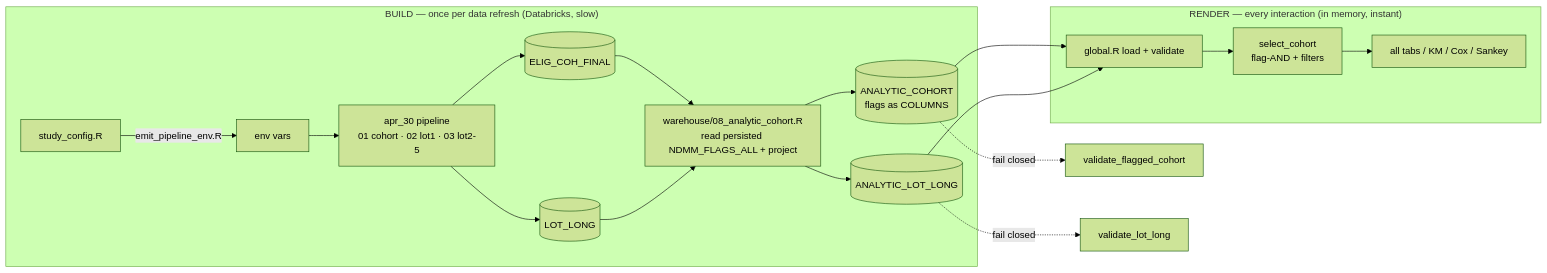
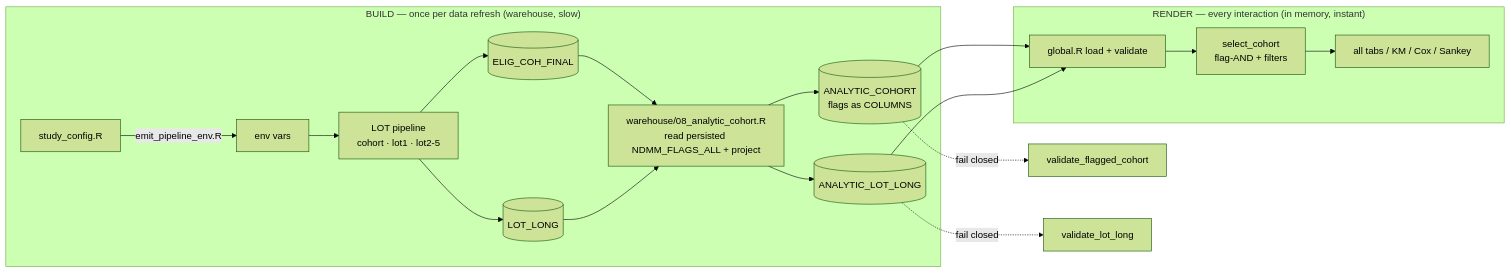
The diagram in cohort_explorer/DASHBOARD_SCHEMATIC.md (salzburry/julialot), drawn with Mermaid (forest theme) before and after one commit. The commit also changed other lines of this file and 12 other files, not shown here.

````diff
--- a/cohort_explorer/DASHBOARD_SCHEMATIC.md
+++ b/cohort_explorer/DASHBOARD_SCHEMATIC.md
@@ -54,21 +54,21 @@
 ```mermaid
 flowchart LR
-  subgraph BUILD["BUILD — once per data refresh (Databricks, slow)"]
+  subgraph BUILD["BUILD — once per data refresh (warehouse, slow)"]
     SC[study_config.R] -->|emit_pipeline_env.R| ENV[env vars]
-    ENV --> P[apr_30 pipeline<br/>01 cohort · 02 lot1 · 03 lot2-5]
+    ENV --> P[LOT pipeline<br/>cohort · lot1 · lot2-5]
     P --> EF[(ELIG_COH_FINAL)]
     P --> LL[(LOT_LONG)]
     EF --> A8[warehouse/08_analytic_cohort.R<br/>read persisted NDMM_FLAGS_ALL + project]
     LL --> A8
     A8 --> AC[(ANALYTIC_COHORT<br/>flags as COLUMNS)]
     A8 --> ALL[(ANALYTIC_LOT_LONG)]
   end
   subgraph RENDER["RENDER — every interaction (in memory, instant)"]
     AC --> G[global.R load + validate]
     ALL --> G
     G --> SEL[select_cohort<br/>flag-AND + filters]
     SEL --> TABS[all tabs / KM / Cox / Sankey]
   end
   AC -. fail closed .-> V[validate_flagged_cohort]
   ALL -. fail closed .-> V2[validate_lot_long]
 ```
````
